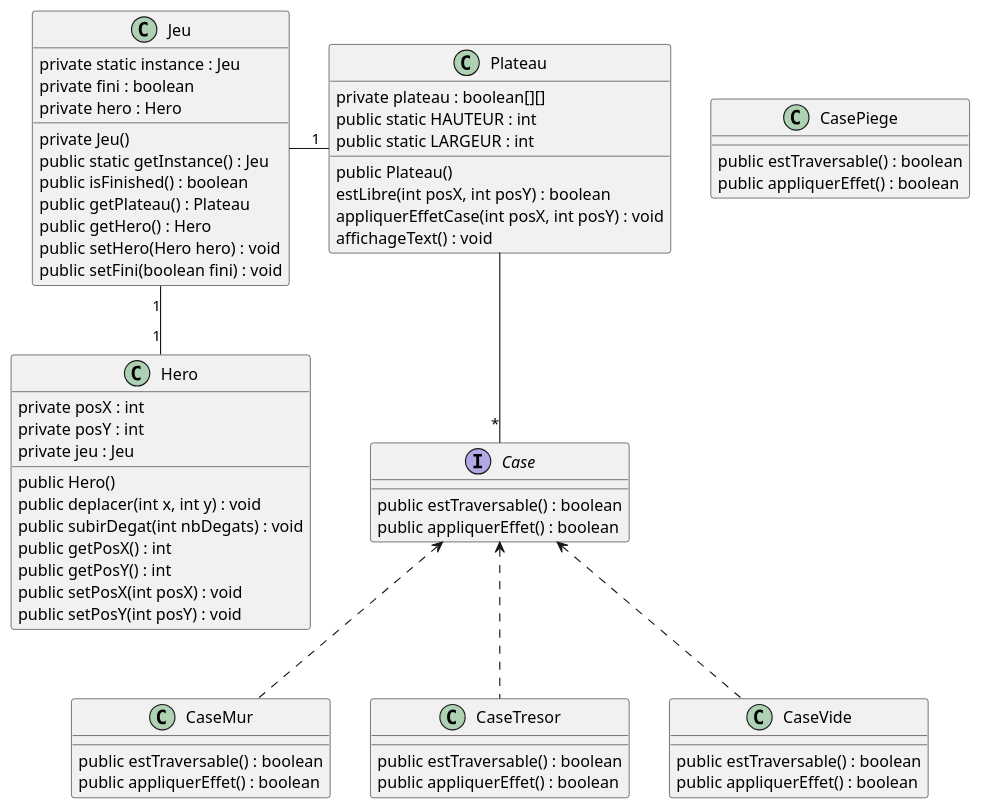
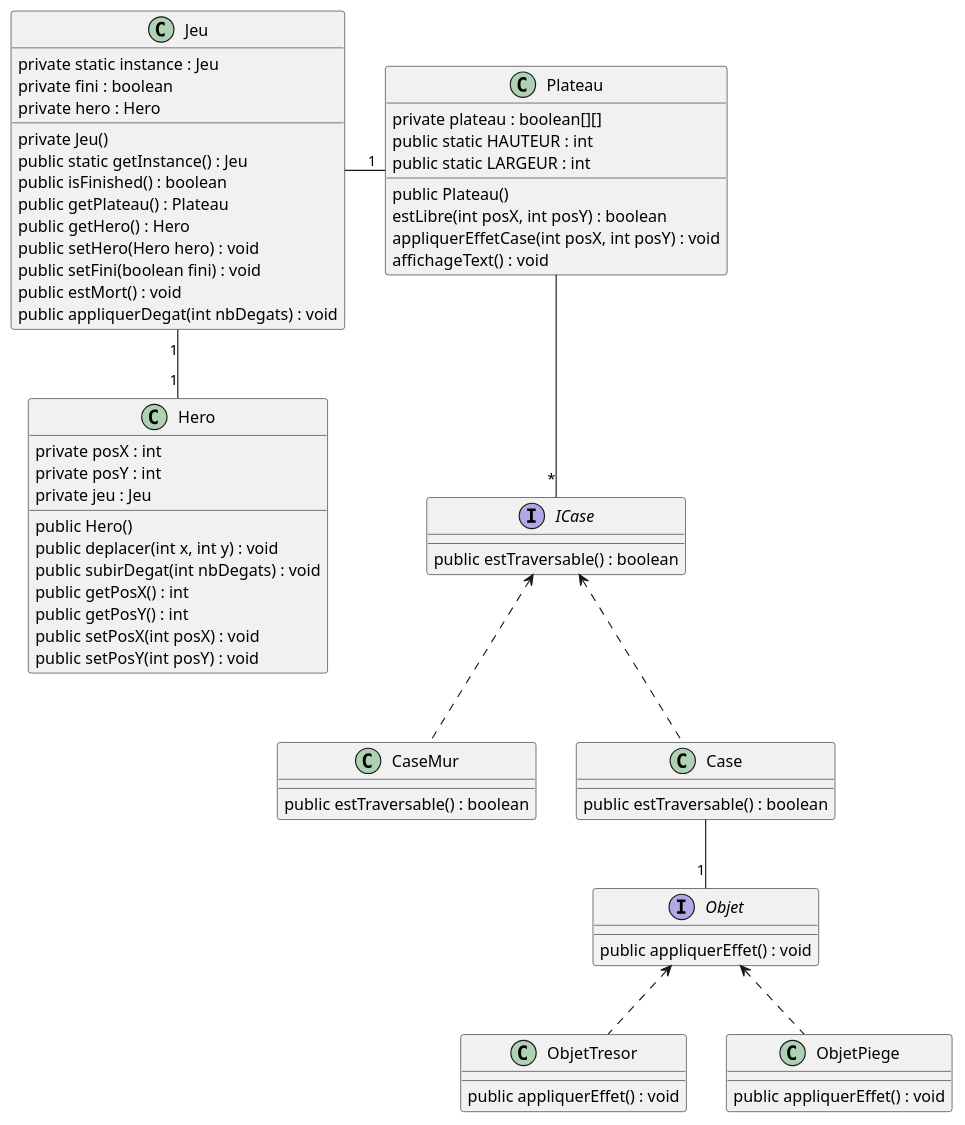
The diagram in Conception/V1.0/Diagramme de classe.puml (fujine/ACL2017_AbJoGuiQuen-), drawn with PlantUML before and after one commit. The commit also changed 1 other file, not shown here.

```diff
--- a/Conception/V1.0/Diagramme de classe.puml
+++ b/Conception/V1.0/Diagramme de classe.puml
@@ -1,71 +1,74 @@
 @startuml
 	Class Hero {
 		private posX : int
 		private posY : int
 		private jeu : Jeu
 
 		public Hero()
 		public deplacer(int x, int y) : void
 		public subirDegat(int nbDegats) : void
 		public getPosX() : int
 		public getPosY() : int
         public setPosX(int posX) : void
         public setPosY(int posY) : void
 	}
 	Class Plateau {
         private plateau : boolean[][]
         public static HAUTEUR : int
         public static LARGEUR : int
 
         public Plateau()
         estLibre(int posX, int posY) : boolean
         appliquerEffetCase(int posX, int posY) : void
         affichageText() : void
 
 	}
 	Class Jeu {
 	    private static instance : Jeu
         private fini : boolean
         private hero : Hero
 
         private Jeu()
         public static getInstance() : Jeu
         public isFinished() : boolean
         public getPlateau() : Plateau
         public getHero() : Hero
         public setHero(Hero hero) : void
         public setFini(boolean fini) : void
+        public estMort() : void
+        public appliquerDegat(int nbDegats) : void
 	}
 
-	Interface Case {
+	Interface ICase {
 	    public estTraversable() : boolean
-	    public appliquerEffet() : boolean
+	}
+
+	Interface Objet {
+	    public appliquerEffet() : void
 	}
 
 	Class CaseMur {
 	    public estTraversable() : boolean
-	    public appliquerEffet() : boolean
 	}
 
-	Class CaseTresor {
-	    public estTraversable() : boolean
-	    public appliquerEffet() : boolean
+	Class ObjetTresor {
+	    public appliquerEffet() : void
 	}
 
-	Class CaseVide {
+	Class Case {
 	    public estTraversable() : boolean
-	    public appliquerEffet() : boolean
 	}
 
-	Class CasePiege {
-	    public estTraversable() : boolean
-        public appliquerEffet() : boolean
+	Class ObjetPiege {
+	    public appliquerEffet() : void
 	}
 
-    Case <.. CaseVide
-    Case <.. CaseMur
-    Case <.. CaseTresor
-    Plateau -- "*" Case
+    Objet <.. ObjetPiege
+    ICase <.. Case
+    ICase <.. CaseMur
+    Objet <.. ObjetTresor
+    Case -- "1" Objet
+    Plateau -- "*" ICase
 	Jeu "1" -down- "1" Hero
 	Jeu -right- "1" Plateau
 @enduml
```
